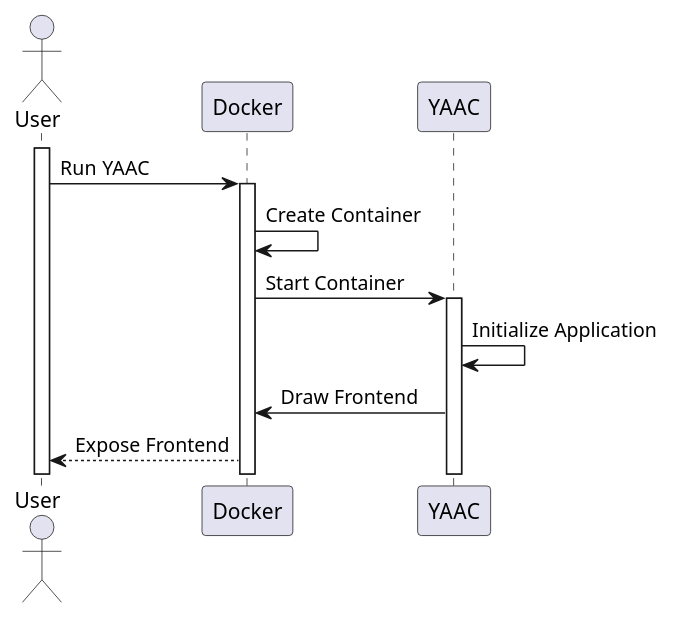
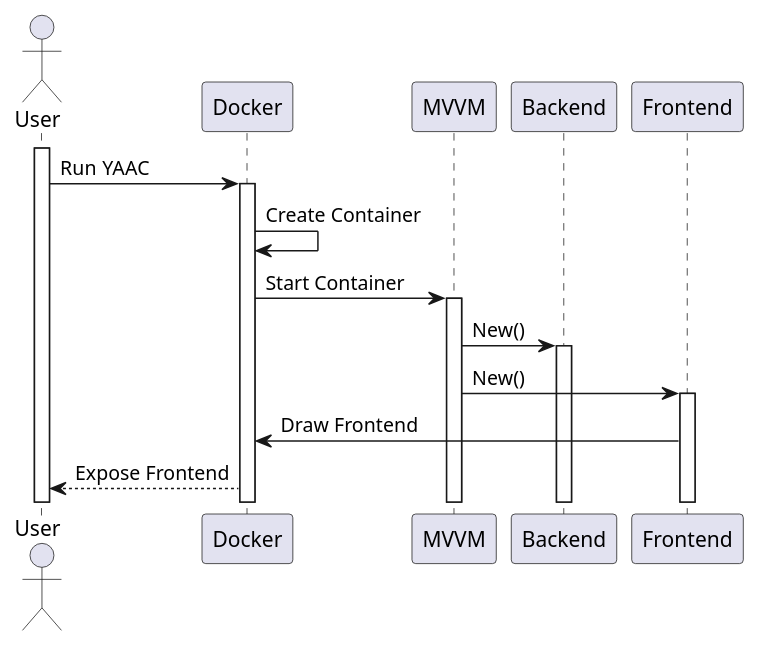
The diagram in Diagrams/Sequence_Diagrams/Starting_YAAC.puml (DHBW-SE-2023/Wiki), drawn with PlantUML before and after one commit. The commit also changed 4 other files, not shown here.

Commit message:
added more diagrams

```diff
--- a/Diagrams/Sequence_Diagrams/Starting_YAAC.puml
+++ b/Diagrams/Sequence_Diagrams/Starting_YAAC.puml
@@ -1,15 +1,18 @@
 @startuml Starting_YAAC
 
 Actor User as user
 Participant "Docker" as docker
-Participant "YAAC" as app
+Participant "MVVM" as app
+Participant "Backend" as daemon
+Participant "Frontend" as ui
 
 activate user
 user -> docker ++: Run YAAC
 docker -> docker: Create Container
 docker -> app ++: Start Container
-app -> app: Initialize Application
-app -> docker: Draw Frontend
+app -> daemon ++: New()
+app -> ui ++: New()
+ui -> docker: Draw Frontend
 docker --> user: Expose Frontend
 
 @enduml
```
